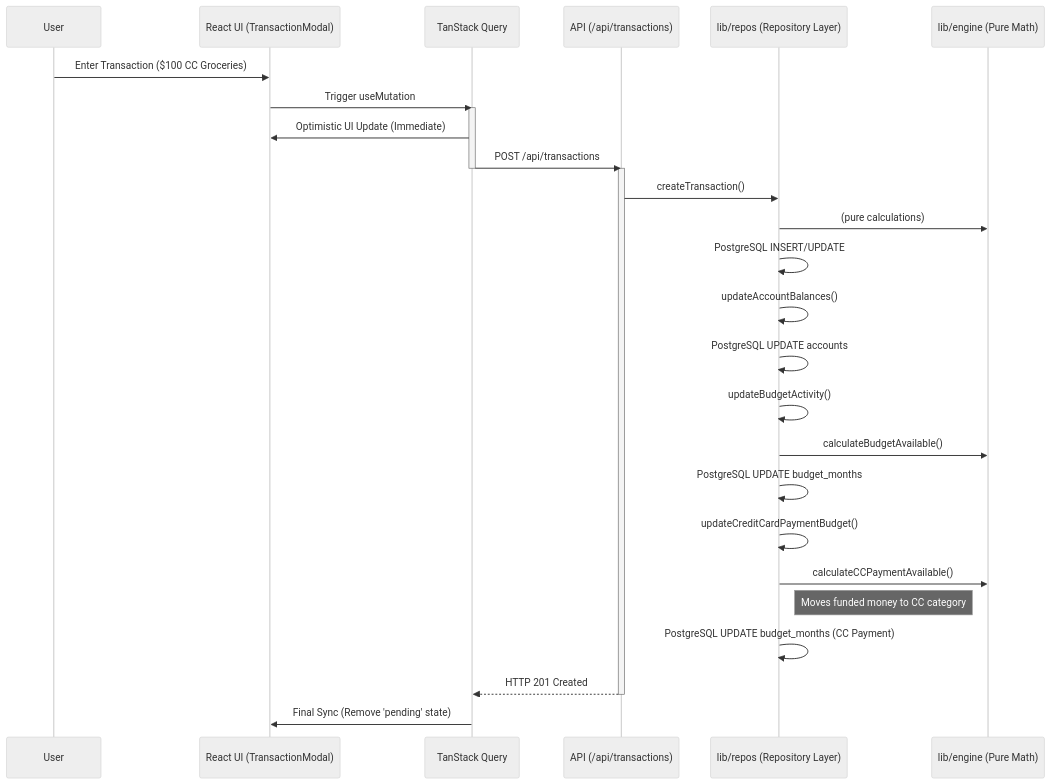
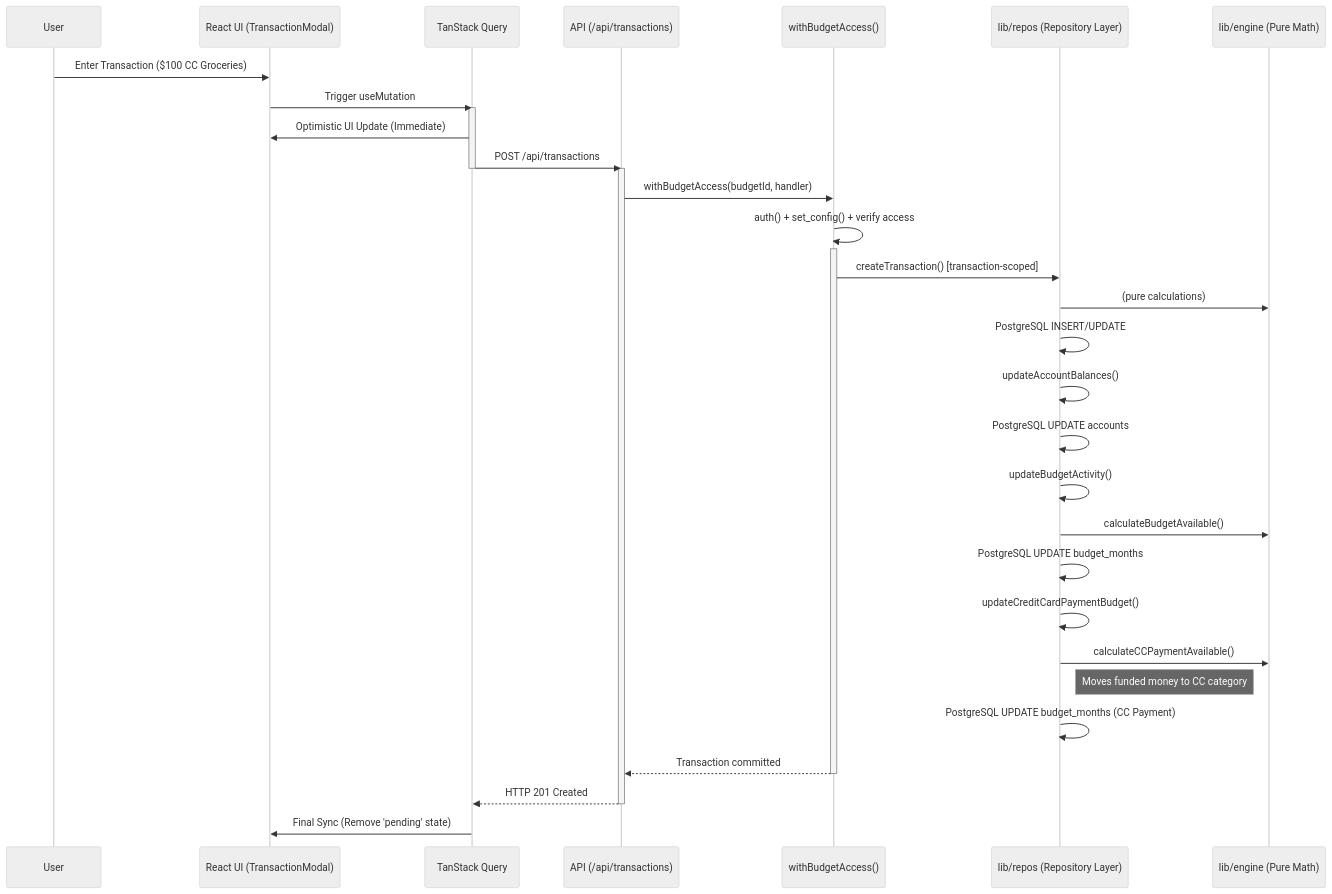
One commit to camilopiedra92/YNAB-Clone changed the second of 2 diagrams in docs/architecture.md. Above: the diagram before and after it, drawn with Mermaid (neutral theme). The commit also changed other lines of this file and 13 other files, not shown here.

````diff
--- a/docs/architecture.md
+++ b/docs/architecture.md
@@ -60,38 +88,46 @@
 ```mermaid
 sequenceDiagram
     participant User
     participant UI as React UI (TransactionModal)
     participant RQ as TanStack Query
     participant API as API (/api/transactions)
+    participant WBA as withBudgetAccess()
     participant DB as lib/repos (Repository Layer)
     participant ENG as lib/engine (Pure Math)
 
     User->>UI: Enter Transaction ($100 CC Groceries)
     UI->>RQ: Trigger useMutation
     activate RQ
     RQ->>UI: Optimistic UI Update (Immediate)
     RQ->>API: POST /api/transactions
     deactivate RQ
 
     activate API
-    API->>DB: createTransaction()
+    API->>WBA: withBudgetAccess(budgetId, handler)
+    WBA->>WBA: auth() + set_config() + verify access
+
+    activate WBA
+    WBA->>DB: createTransaction() [transaction-scoped]
     DB->>ENG: (pure calculations)
     DB->>DB: PostgreSQL INSERT/UPDATE
 
     DB->>DB: updateAccountBalances()
     DB->>DB: PostgreSQL UPDATE accounts
 
     DB->>DB: updateBudgetActivity()
     DB->>ENG: calculateBudgetAvailable()
     DB->>DB: PostgreSQL UPDATE budget_months
 
     DB->>DB: updateCreditCardPaymentBudget()
     DB->>ENG: calculateCCPaymentAvailable()
     Note right of DB: Moves funded money to CC category
     DB->>DB: PostgreSQL UPDATE budget_months (CC Payment)
 
+    WBA-->>API: Transaction committed
+    deactivate WBA
+
     API-->>RQ: HTTP 201 Created
     deactivate API
 
     RQ->>UI: Final Sync (Remove 'pending' state)
 ```
````
